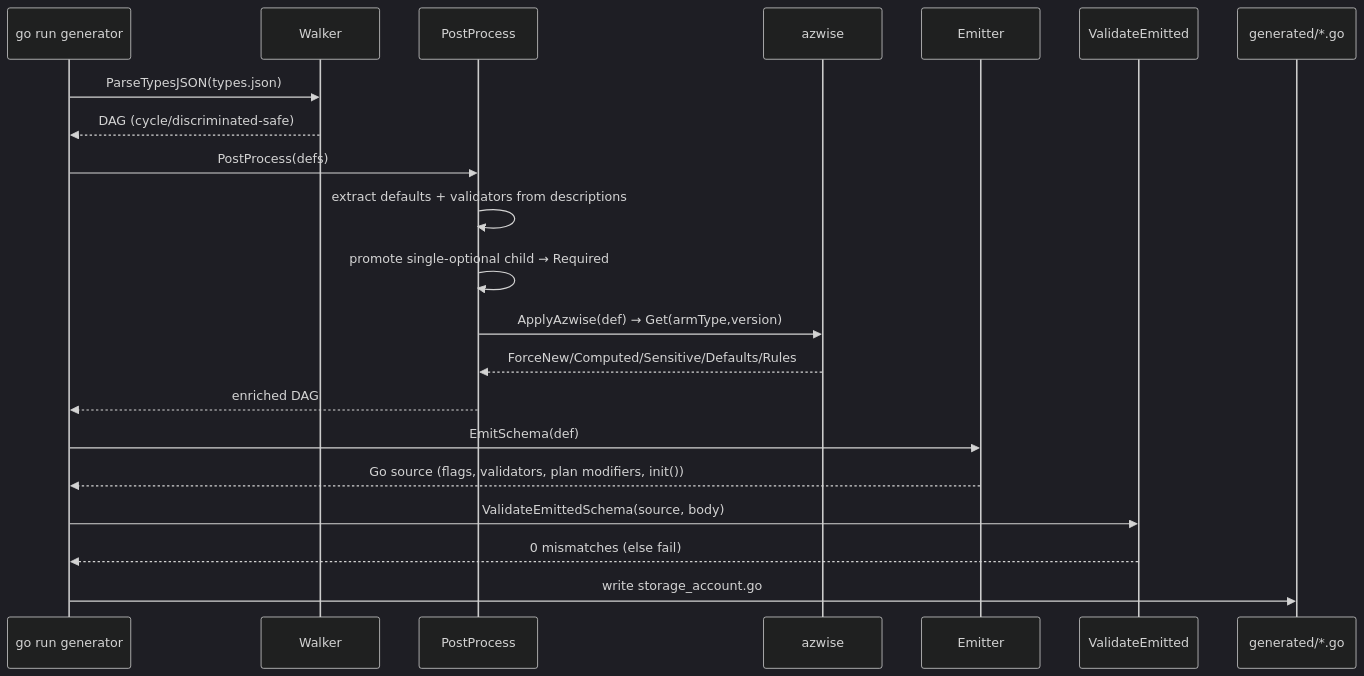
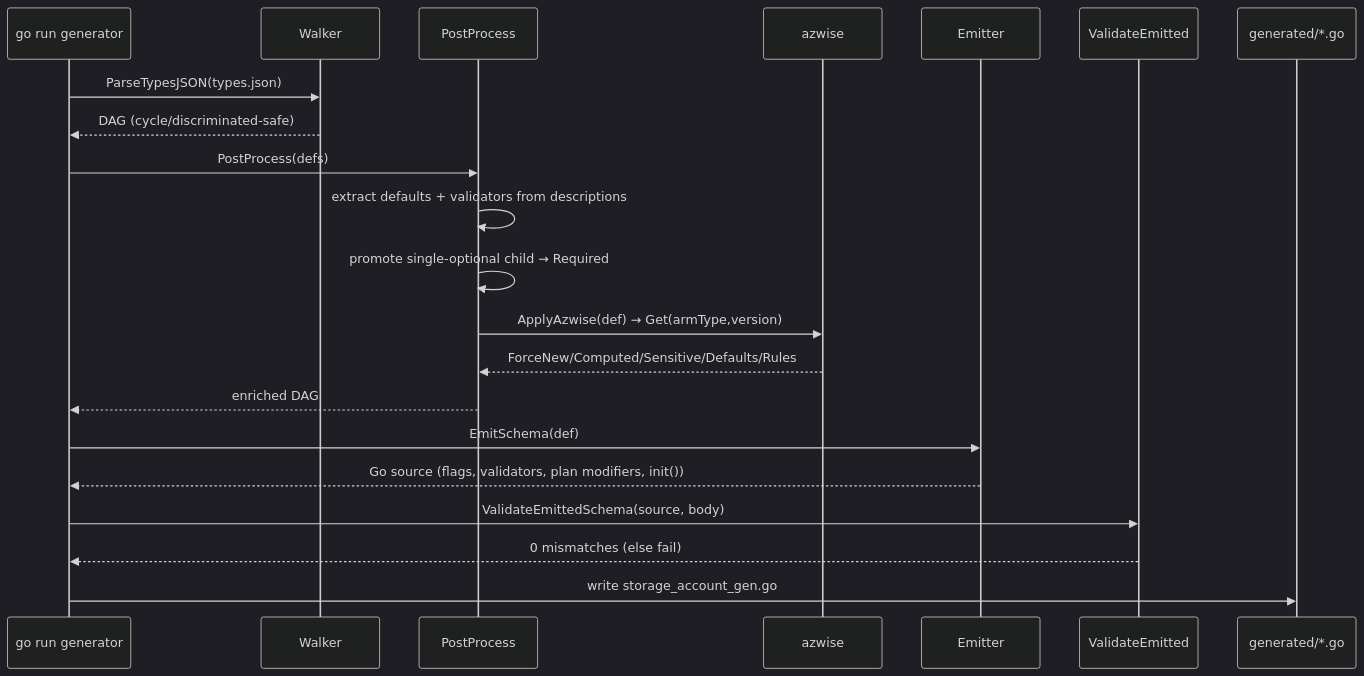
The first of 3 diagrams in tools/azwise/azapin-dev-spec.md (wuxu92/terraform-provider-azapi), drawn with Mermaid (dark theme) before and after one commit. The commit also changed 25 other files, not shown here.

First line of the commit message:
feat(azapin): bake schema customization into generated schema

````diff
--- a/tools/azwise/azapin-dev-spec.md
+++ b/tools/azwise/azapin-dev-spec.md
@@ -350,24 +350,24 @@
 ```mermaid
 sequenceDiagram
     participant CLI as go run generator
     participant W as Walker
     participant P as PostProcess
     participant A as azwise
     participant E as Emitter
     participant V as ValidateEmitted
     participant FS as generated/*.go
 
     CLI->>W: ParseTypesJSON(types.json)
     W-->>CLI: DAG (cycle/discriminated-safe)
     CLI->>P: PostProcess(defs)
     P->>P: extract defaults + validators from descriptions
     P->>P: promote single-optional child → Required
     P->>A: ApplyAzwise(def) → Get(armType,version)
     A-->>P: ForceNew/Computed/Sensitive/Defaults/Rules
     P-->>CLI: enriched DAG
     CLI->>E: EmitSchema(def)
     E-->>CLI: Go source (flags, validators, plan modifiers, init())
     CLI->>V: ValidateEmittedSchema(source, body)
     V-->>CLI: 0 mismatches (else fail)
-    CLI->>FS: write storage_account.go
+    CLI->>FS: write storage_account_gen.go
 ```
````
